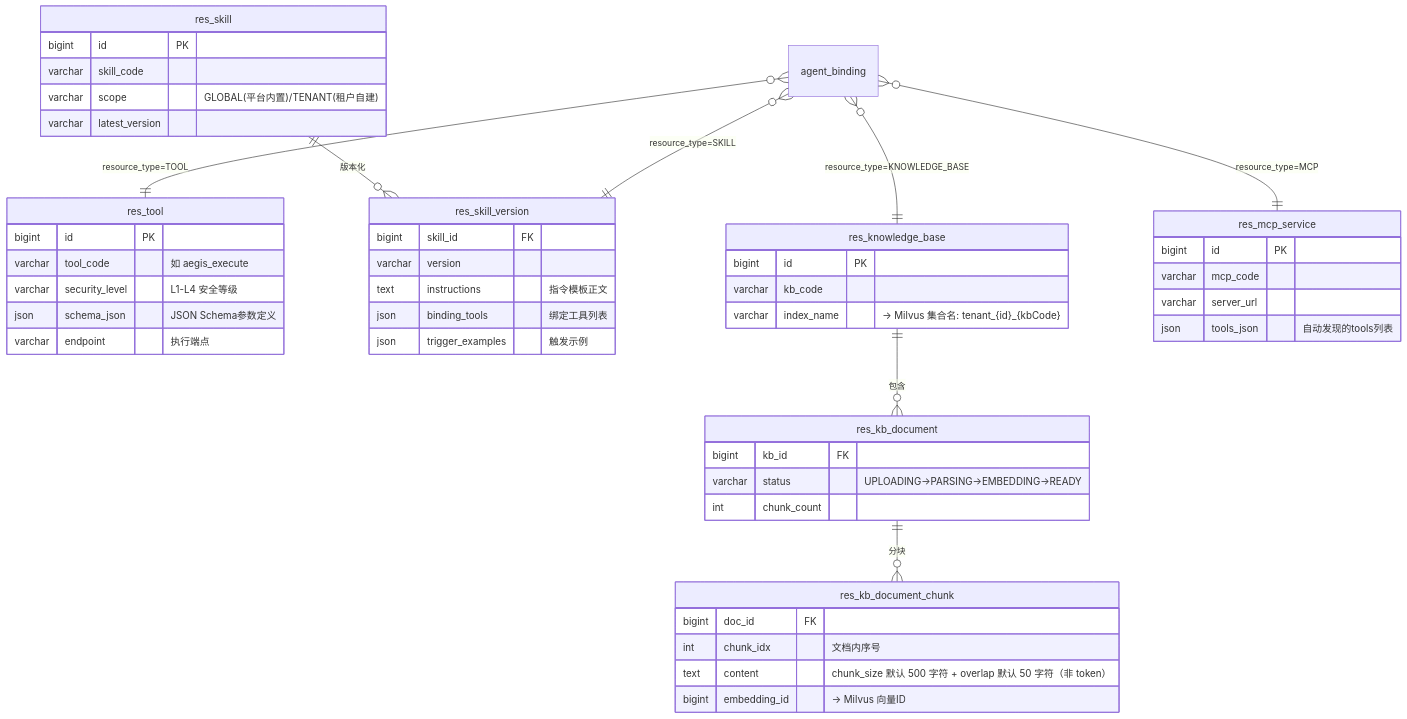
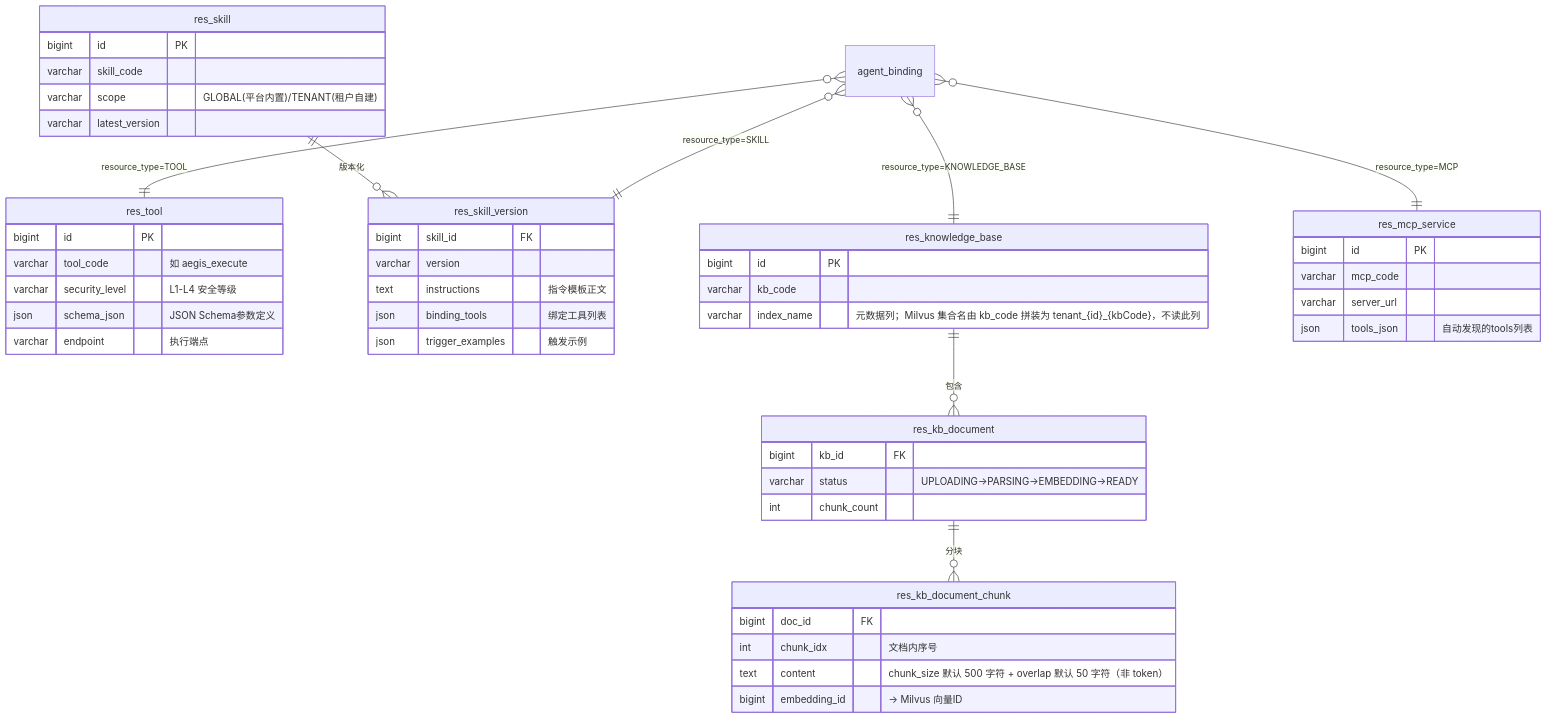
One commit to HarnessAgentStack/AegisAgent changed the eighth of 18 diagrams in docs/data-model.md. Above: the diagram before and after it, drawn with Mermaid. The commit also changed other lines of this file and 69 other files, not shown here.

````diff
--- a/docs/data-model.md
+++ b/docs/data-model.md
@@ -465,53 +465,53 @@
 ```mermaid
 erDiagram
     res_tool {
         bigint id PK
         varchar tool_code "如 aegis_execute"
         varchar security_level "L1-L4 安全等级"
         json schema_json "JSON Schema参数定义"
         varchar endpoint "执行端点"
     }
     res_skill ||--o{ res_skill_version : "版本化"
     res_skill {
         bigint id PK
         varchar skill_code
         varchar scope "GLOBAL(平台内置)/TENANT(租户自建)"
         varchar latest_version
     }
     res_skill_version {
         bigint skill_id FK
         varchar version
         text instructions "指令模板正文"
         json binding_tools "绑定工具列表"
         json trigger_examples "触发示例"
     }
     res_knowledge_base ||--o{ res_kb_document : "包含"
     res_kb_document ||--o{ res_kb_document_chunk : "分块"
     res_knowledge_base {
         bigint id PK
         varchar kb_code
-        varchar index_name "→ Milvus 集合名: tenant_{id}_{kbCode}"
+        varchar index_name "元数据列；Milvus 集合名由 kb_code 拼装为 tenant_{id}_{kbCode}，不读此列"
     }
     res_kb_document {
         bigint kb_id FK
         varchar status "UPLOADING→PARSING→EMBEDDING→READY"
         int chunk_count
     }
     res_kb_document_chunk {
         bigint doc_id FK
         int chunk_idx "文档内序号"
         text content "chunk_size 默认 500 字符 + overlap 默认 50 字符（非 token）"
         bigint embedding_id "→ Milvus 向量ID"
     }
     res_mcp_service {
         bigint id PK
         varchar mcp_code
         varchar server_url
         json tools_json "自动发现的tools列表"
     }
 
     agent_binding }o--|| res_tool : "resource_type=TOOL"
     agent_binding }o--|| res_skill_version : "resource_type=SKILL"
     agent_binding }o--|| res_knowledge_base : "resource_type=KNOWLEDGE_BASE"
     agent_binding }o--|| res_mcp_service : "resource_type=MCP"
 ```
````
